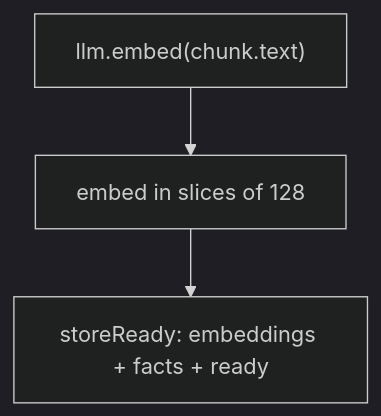
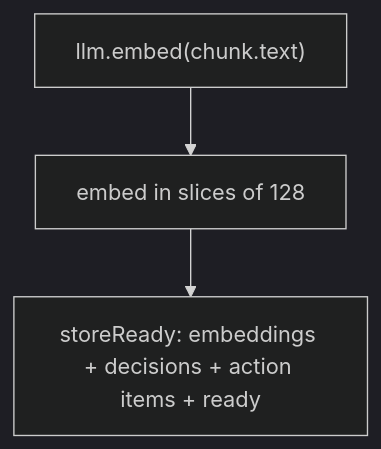
Before and after one commit to adamrefaey/meeting-intelligence: the fifth of 6 diagrams in docs/flows/ingestion.md, drawn with Mermaid (dark theme). The commit also changed other lines of this file and 3 other files, not shown here.

First line of the commit message:
refactor: update README and documentation for ingestion and retrieval flows

````diff
--- a/docs/flows/ingestion.md
+++ b/docs/flows/ingestion.md
@@ -113,8 +116,8 @@
 ```mermaid
 flowchart TD
   start["llm.embed(chunk.text)"]
   embed["embed in slices of 128"]
-  store["storeReady: embeddings + facts + ready"]
+  store["storeReady: embeddings + decisions + action items + ready"]
 
   start --> embed --> store
 ```
````
